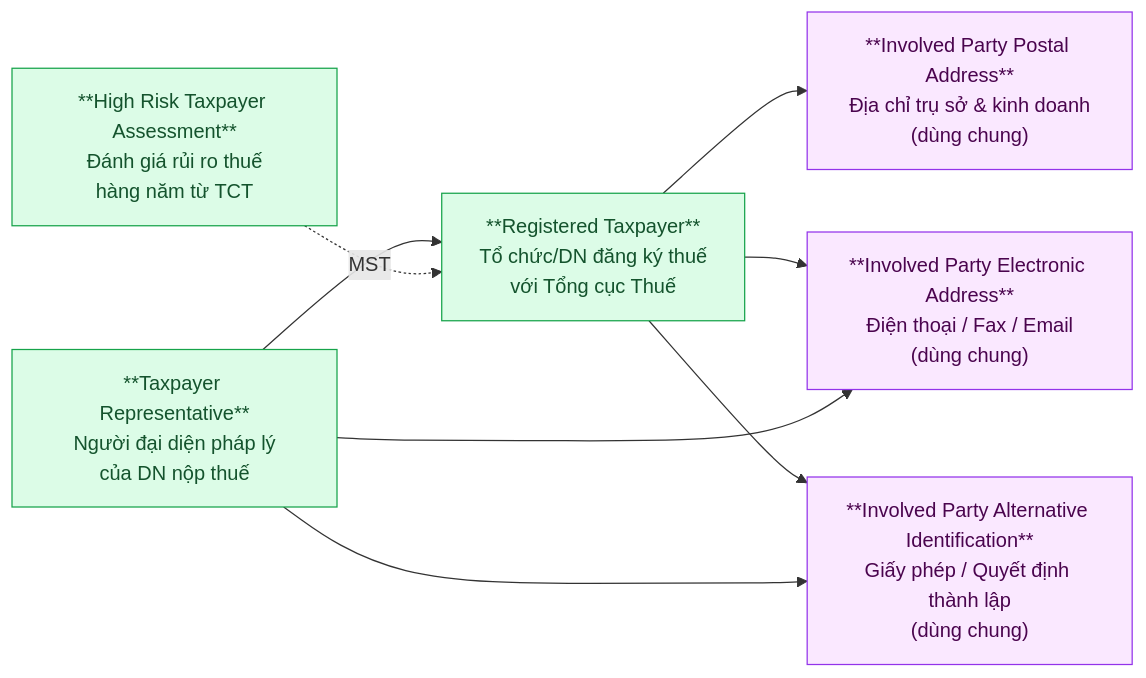
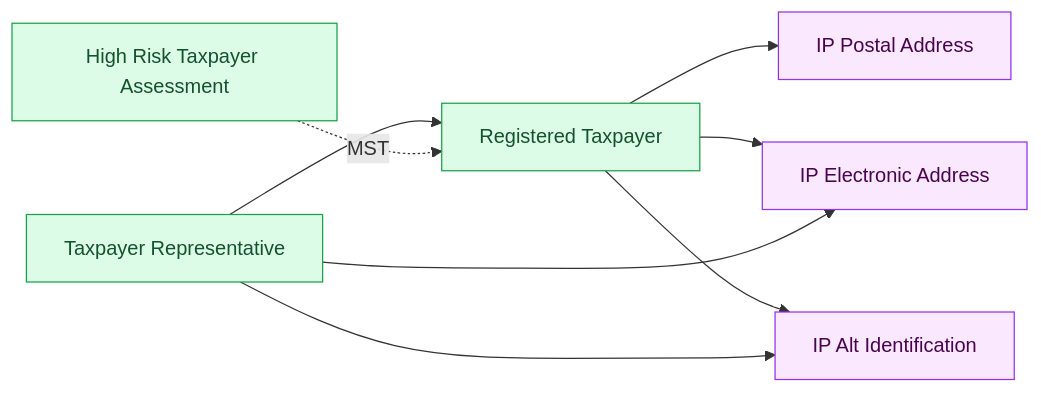
Before and after one commit to chien1198/ubck_atomic_design: the second of 6 diagrams in Silver/hld/DCST_relationship_diagram.md, drawn with Mermaid. The commit also changed other lines of this file, not shown here.

````diff
--- a/Silver/hld/DCST_relationship_diagram.md
+++ b/Silver/hld/DCST_relationship_diagram.md
@@ -40,20 +40,20 @@
 ```mermaid
 graph LR
     classDef silver fill:#dcfce7,stroke:#16a34a,color:#14532d
     classDef shared fill:#fae8ff,stroke:#9333ea,color:#4a044e
 
-    TAXREG["**Registered Taxpayer**\nTổ chức/DN đăng ký thuế\nvới Tổng cục Thuế"]:::silver
-    REP["**Taxpayer Representative**\nNgười đại diện pháp lý\ncủa DN nộp thuế"]:::silver
-    HRISK["**High Risk Taxpayer Assessment**\nĐánh giá rủi ro thuế\nhàng năm từ TCT"]:::silver
-    ADDR["**Involved Party Postal Address**\nĐịa chỉ trụ sở & kinh doanh\n(dùng chung)"]:::shared
-    EADDR["**Involved Party Electronic Address**\nĐiện thoại / Fax / Email\n(dùng chung)"]:::shared
-    ALTID["**Involved Party Alternative Identification**\nGiấy phép / Quyết định thành lập\n(dùng chung)"]:::shared
+    REP[Taxpayer Representative]:::silver
+    TAXREG[Registered Taxpayer]:::silver
+    HRISK[High Risk Taxpayer Assessment]:::silver
+    ADDR[IP Postal Address]:::shared
+    EADDR[IP Electronic Address]:::shared
+    ALTID[IP Alt Identification]:::shared
 
     REP --> TAXREG
     HRISK -.->|MST| TAXREG
     TAXREG --> ADDR
     TAXREG --> EADDR
     TAXREG --> ALTID
     REP --> ALTID
     REP --> EADDR
 ```
````
